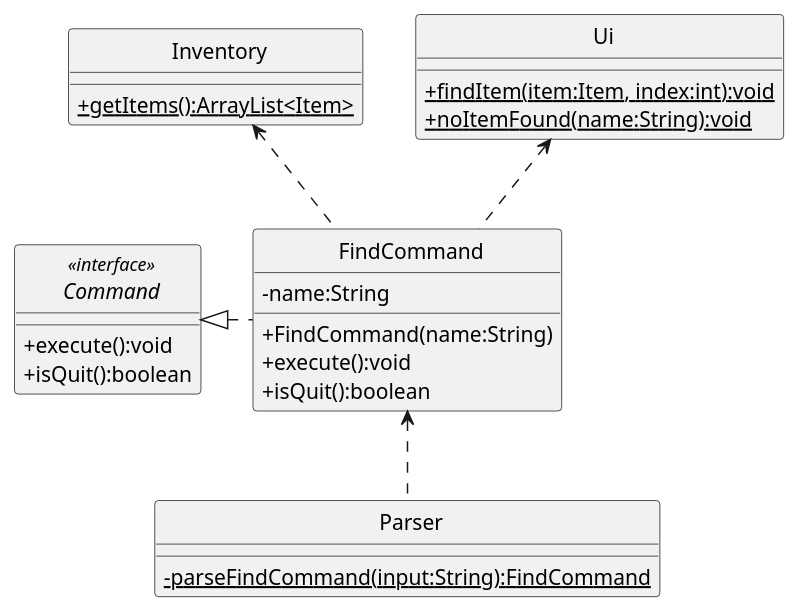
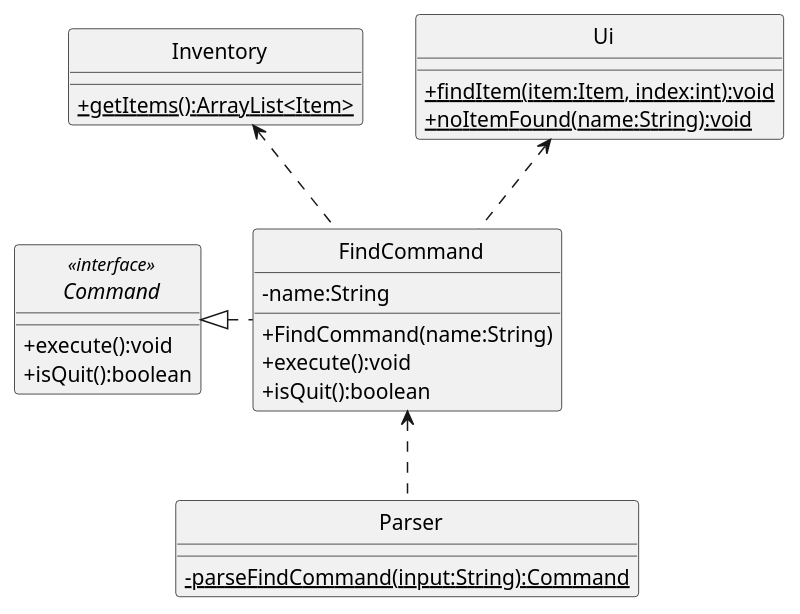
Before and after one commit to rismm/tp: the first of 2 diagrams in docs/uml-diagrams/FindCommand.puml, drawn with PlantUML. The commit also changed 31 other files, not shown here.

Commit message:
Add Revenue and Profit UML, Edit return type in other Command UMLs

```diff
--- a/docs/uml-diagrams/FindCommand.puml
+++ b/docs/uml-diagrams/FindCommand.puml
@@ -1,42 +1,42 @@
 @startuml
 'https://plantuml.com/sequence-diagram
 skinparam classAttributeIconSize 0
 skinparam CircledCharacterFontSize 0
 skinparam CircledCharacterRadius 0
 
 abstract class Command
 class Inventory
 class FindCommand
 class Parser
 class Ui
 
 Command <|. FindCommand
 Inventory <.. FindCommand
 Ui <.. FindCommand
 FindCommand <.. Parser
 
 interface Command <<interface>> {
     +execute():void
     +isQuit():boolean
 }
 
 class FindCommand {
     -name:String
     +FindCommand(name:String)
     +execute():void
     +isQuit():boolean
 }
 
 class Inventory {
     {static}+getItems():ArrayList<Item>
 }
 
 class Ui {
     {static}+findItem(item:Item, index:int):void
     {static}+noItemFound(name:String):void
 }
 
 class Parser {
-    {static}-parseFindCommand(input:String):FindCommand
+    {static}-parseFindCommand(input:String):Command
 }
 @enduml
```
